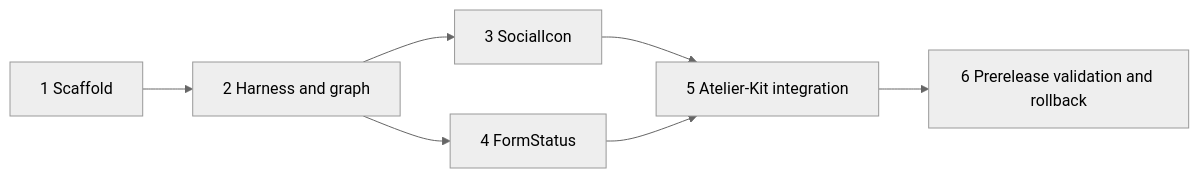
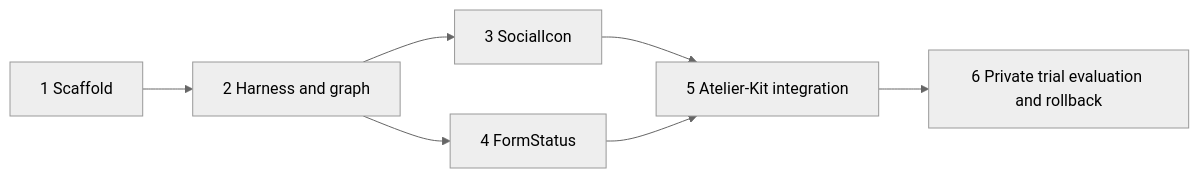
One commit to gcomneno/atelier-kit changed the second of 2 diagrams in docs/architecture/giada-ui-package-plan.md. Above: the diagram before and after it, drawn with Mermaid (neutral theme). The commit also changed other lines of this file and 1 other file, not shown here.

Commit message:
docs: adopt private giadaware-ui-components identity (#166)

````diff
--- a/docs/architecture/giada-ui-package-plan.md
+++ b/docs/architecture/giada-ui-package-plan.md
@@ -352,9 +359,9 @@
 ```mermaid
 flowchart LR
   A[1 Scaffold] --> B[2 Harness and graph]
   B --> C[3 SocialIcon]
   B --> D[4 FormStatus]
   C --> E[5 Atelier-Kit integration]
   D --> E
-  E --> F[6 Prerelease validation and rollback]
+  E --> F[6 Private trial evaluation and rollback]
 ```
````
